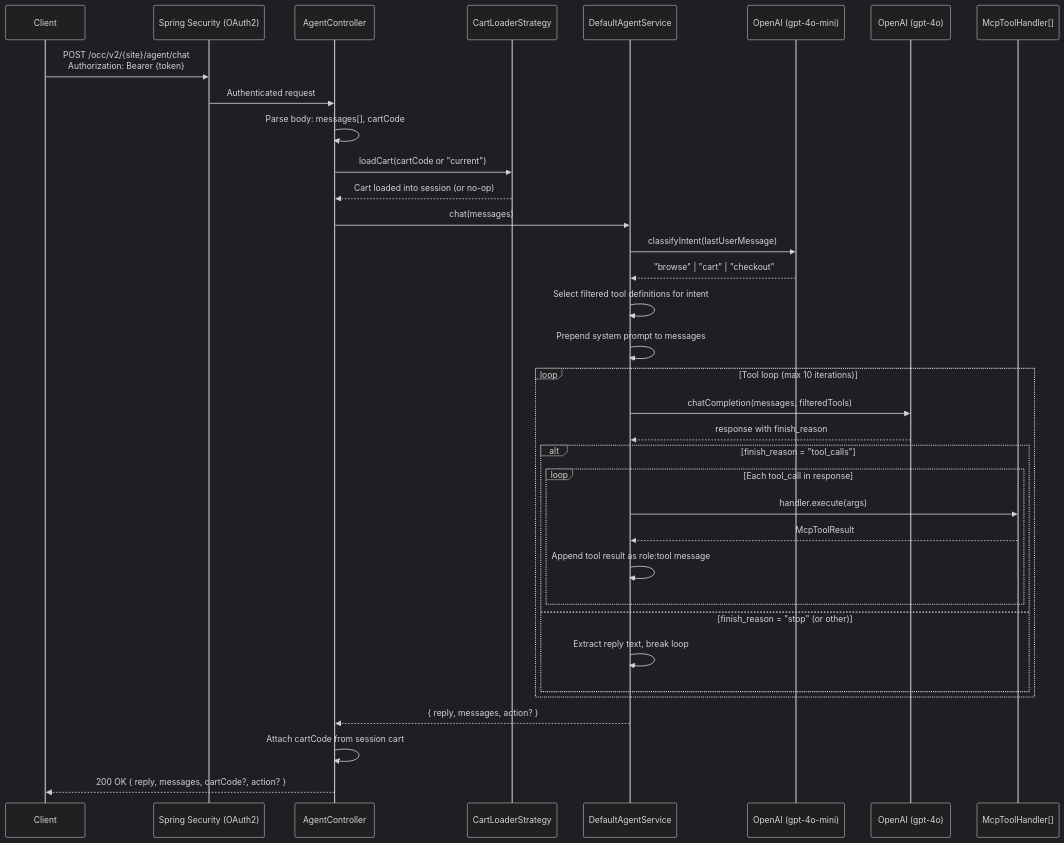
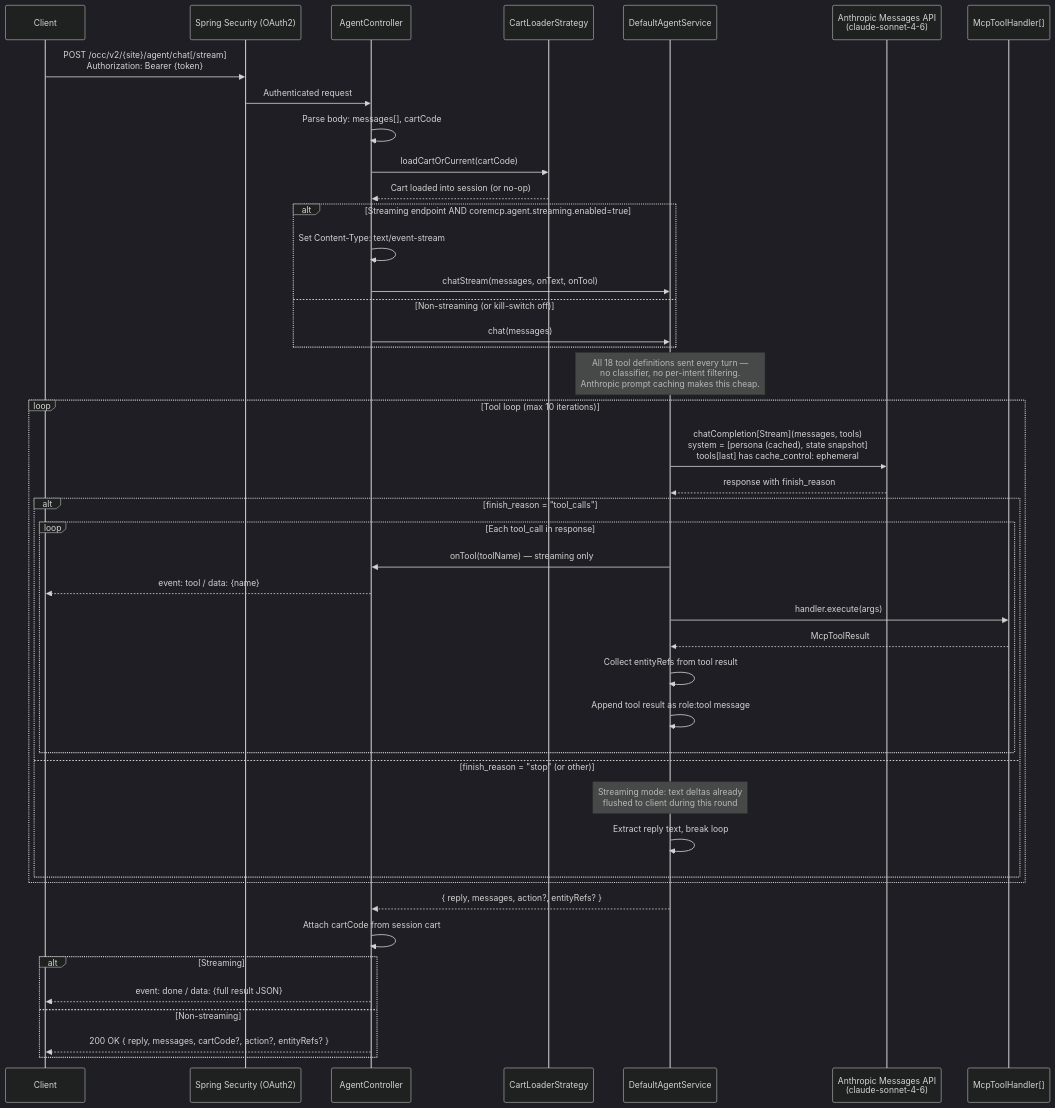
The first of 5 diagrams in mcp/legacy/sap-mcp-server-l/core-customize/hybris/bin/custom/coremcp/docs/agent-chat/diagram.md (earlmundorf/practice-llm-starter), drawn with Mermaid (dark theme) before and after one commit. The commit also changed other lines of this file and 3 other files, not shown here.

First line of the commit message:
Refresh agent-chat docs and Architecture page for current implementation

````diff
--- a/mcp/legacy/sap-mcp-server-l/core-customize/hybris/bin/custom/coremcp/docs/agent-chat/diagram.md
+++ b/mcp/legacy/sap-mcp-server-l/core-customize/hybris/bin/custom/coremcp/docs/agent-chat/diagram.md
@@ -7,45 +7,54 @@
 ```mermaid
 sequenceDiagram
     participant Client
     participant OAuth as Spring Security (OAuth2)
     participant Controller as AgentController
     participant Cart as CartLoaderStrategy
     participant Agent as DefaultAgentService
-    participant Intent as OpenAI (gpt-4o-mini)
-    participant LLM as OpenAI (gpt-4o)
+    participant LLM as Anthropic Messages API<br/>(claude-sonnet-4-6)
     participant Tools as McpToolHandler[]
 
-    Client->>OAuth: POST /occ/v2/{site}/agent/chat<br/>Authorization: Bearer {token}
+    Client->>OAuth: POST /occ/v2/{site}/agent/chat[/stream]<br/>Authorization: Bearer {token}
     OAuth->>Controller: Authenticated request
 
     Controller->>Controller: Parse body: messages[], cartCode
-    Controller->>Cart: loadCart(cartCode or "current")
+    Controller->>Cart: loadCartOrCurrent(cartCode)
     Cart-->>Controller: Cart loaded into session (or no-op)
 
-    Controller->>Agent: chat(messages)
+    alt Streaming endpoint AND coremcp.agent.streaming.enabled=true
+        Controller->>Controller: Set Content-Type: text/event-stream
+        Controller->>Agent: chatStream(messages, onText, onTool)
+    else Non-streaming (or kill-switch off)
+        Controller->>Agent: chat(messages)
+    end
 
-    Agent->>Intent: classifyIntent(lastUserMessage)
-    Intent-->>Agent: "browse" | "cart" | "checkout"
-    Agent->>Agent: Select filtered tool definitions for intent
-
-    Agent->>Agent: Prepend system prompt to messages
+    Note over Agent: All 18 tool definitions sent every turn —<br/>no classifier, no per-intent filtering.<br/>Anthropic prompt caching makes this cheap.
 
     loop Tool loop (max 10 iterations)
-        Agent->>LLM: chatCompletion(messages, filteredTools)
+        Agent->>LLM: chatCompletion[Stream](messages, tools)<br/>system = [persona (cached), state snapshot]<br/>tools[last] has cache_control: ephemeral
         LLM-->>Agent: response with finish_reason
 
         alt finish_reason = "tool_calls"
             loop Each tool_call in response
+                Agent->>Controller: onTool(toolName) — streaming only
+                Controller-->>Client: event: tool / data: {name}
                 Agent->>Tools: handler.execute(args)
                 Tools-->>Agent: McpToolResult
+                Agent->>Agent: Collect entityRefs from tool result
                 Agent->>Agent: Append tool result as role:tool message
             end
         else finish_reason = "stop" (or other)
+            Note over Agent: Streaming mode: text deltas already<br/>flushed to client during this round
             Agent->>Agent: Extract reply text, break loop
         end
     end
 
-    Agent-->>Controller: { reply, messages, action? }
+    Agent-->>Controller: { reply, messages, action?, entityRefs? }
     Controller->>Controller: Attach cartCode from session cart
-    Controller-->>Client: 200 OK { reply, messages, cartCode?, action? }
+
+    alt Streaming
+        Controller-->>Client: event: done / data: {full result JSON}
+    else Non-streaming
+        Controller-->>Client: 200 OK { reply, messages, cartCode?, action?, entityRefs? }
+    end
 ```
````
